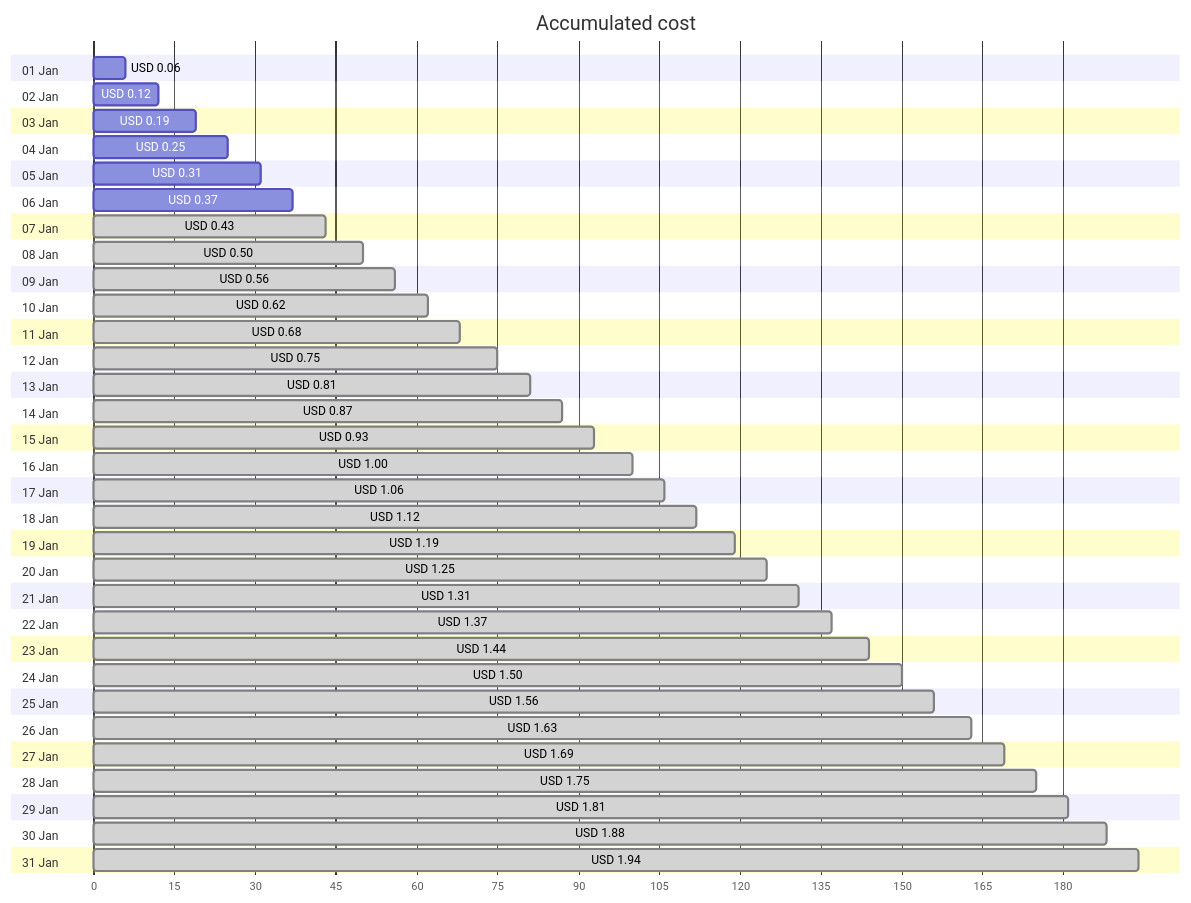
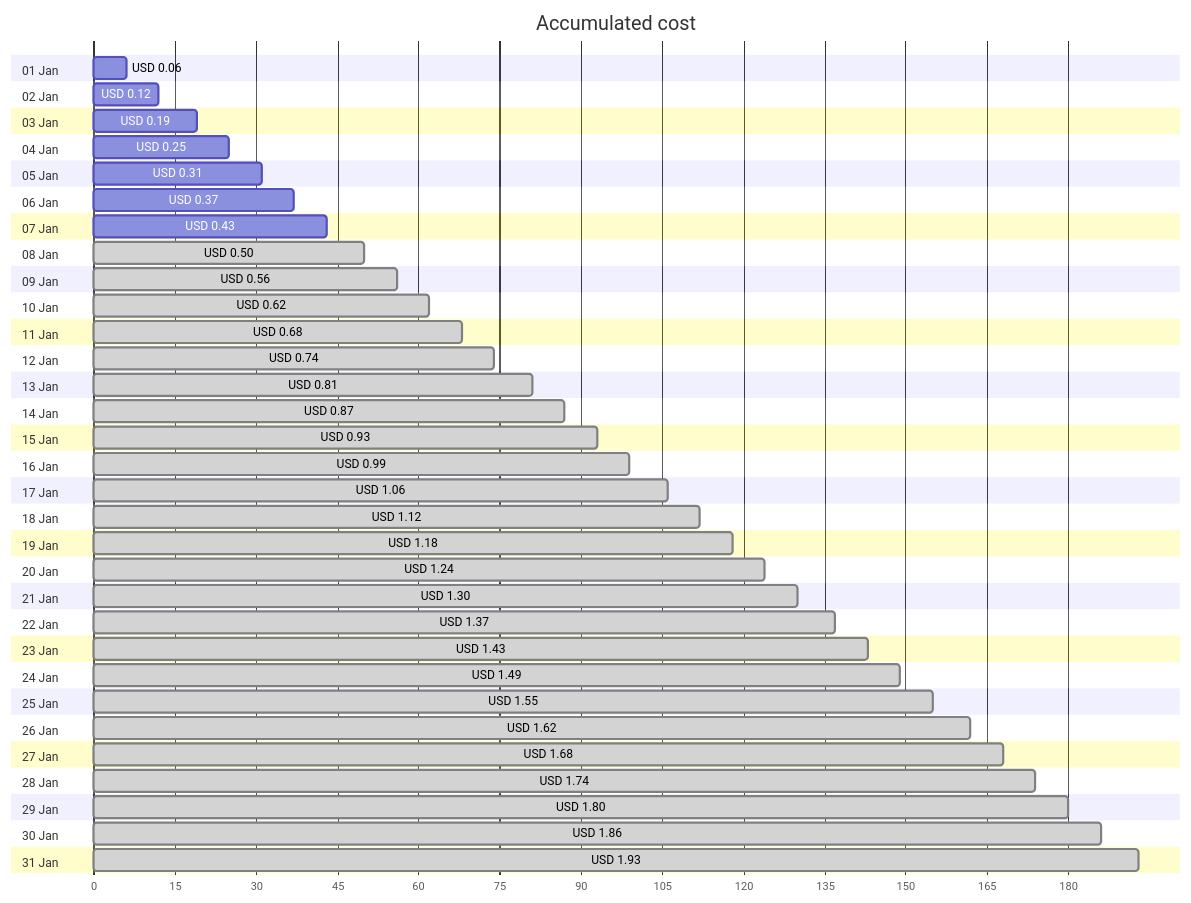
The first of 4 diagrams in cost-reports/personal-network/vpn-server_OsDisk.md (jpfulton/azure-personal-reports), drawn with Mermaid before and after one commit. The commit also changed other lines of this file and 8 other files, not shown here.

````diff
--- a/cost-reports/personal-network/vpn-server_OsDisk.md
+++ b/cost-reports/personal-network/vpn-server_OsDisk.md
@@ -20,68 +20,68 @@
 ```mermaid
 gantt
    title Accumulated cost
    dateFormat  X
    axisFormat %s
    section 01 Jan
    USD 0.06 :0, 6
    section 02 Jan
    USD 0.12 :0, 12
    section 03 Jan
    USD 0.19 :0, 19
    section 04 Jan
    USD 0.25 :0, 25
    section 05 Jan
    USD 0.31 :0, 31
    section 06 Jan
    USD 0.37 :0, 37
    section 07 Jan
-   USD 0.43 : done, 0, 43
+   USD 0.43 :0, 43
    section 08 Jan
    USD 0.50 : done, 0, 50
    section 09 Jan
    USD 0.56 : done, 0, 56
    section 10 Jan
    USD 0.62 : done, 0, 62
    section 11 Jan
    USD 0.68 : done, 0, 68
    section 12 Jan
-   USD 0.75 : done, 0, 75
+   USD 0.74 : done, 0, 74
    section 13 Jan
    USD 0.81 : done, 0, 81
    section 14 Jan
    USD 0.87 : done, 0, 87
    section 15 Jan
    USD 0.93 : done, 0, 93
    section 16 Jan
-   USD 1.00 : done, 0, 100
+   USD 0.99 : done, 0, 99
    section 17 Jan
    USD 1.06 : done, 0, 106
    section 18 Jan
    USD 1.12 : done, 0, 112
    section 19 Jan
-   USD 1.19 : done, 0, 119
+   USD 1.18 : done, 0, 118
    section 20 Jan
-   USD 1.25 : done, 0, 125
+   USD 1.24 : done, 0, 124
    section 21 Jan
-   USD 1.31 : done, 0, 131
+   USD 1.30 : done, 0, 130
    section 22 Jan
    USD 1.37 : done, 0, 137
    section 23 Jan
-   USD 1.44 : done, 0, 144
+   USD 1.43 : done, 0, 143
    section 24 Jan
-   USD 1.50 : done, 0, 150
+   USD 1.49 : done, 0, 149
    section 25 Jan
-   USD 1.56 : done, 0, 156
+   USD 1.55 : done, 0, 155
    section 26 Jan
-   USD 1.63 : done, 0, 163
+   USD 1.62 : done, 0, 162
    section 27 Jan
-   USD 1.69 : done, 0, 169
+   USD 1.68 : done, 0, 168
    section 28 Jan
-   USD 1.75 : done, 0, 175
+   USD 1.74 : done, 0, 174
    section 29 Jan
-   USD 1.81 : done, 0, 181
+   USD 1.80 : done, 0, 180
    section 30 Jan
-   USD 1.88 : done, 0, 188
+   USD 1.86 : done, 0, 186
    section 31 Jan
-   USD 1.94 : done, 0, 194
+   USD 1.93 : done, 0, 193
 ```
````
